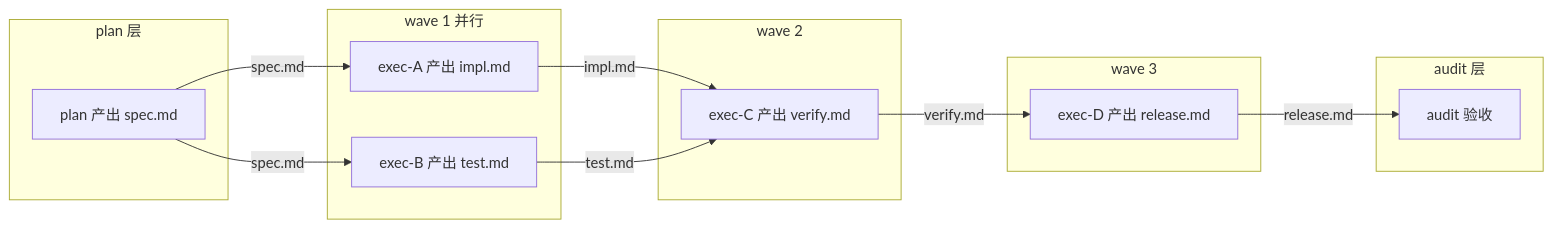
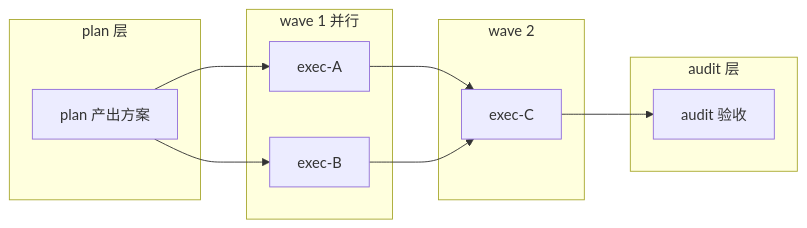
One commit to Punky971210/dsh-punky-swarm changed the diagram in README.md. Above: the diagram before and after it, drawn with Mermaid. The commit also changed other lines of this file and 5 other files, not shown here.

````diff
--- a/README.md
+++ b/README.md
@@ -48,25 +43,21 @@
 ```mermaid
 flowchart LR
   subgraph PLAN[plan 层]
-    P["plan 产出 spec.md"]
+    P["plan 产出方案"]
   end
   subgraph W1[wave 1 并行]
-    A1["exec-A 产出 impl.md"]
-    A2["exec-B 产出 test.md"]
+    A1["exec-A"]
+    A2["exec-B"]
   end
   subgraph W2[wave 2]
-    A3["exec-C 产出 verify.md"]
-  end
-  subgraph W3[wave 3]
-    A4["exec-D 产出 release.md"]
+    A3["exec-C"]
   end
   subgraph AUDIT[audit 层]
     AU["audit 验收"]
   end
-  P -->|"spec.md"| A1
-  P -->|"spec.md"| A2
-  A1 -->|"impl.md"| A3
-  A2 -->|"test.md"| A3
-  A3 -->|"verify.md"| A4
-  A4 -->|"release.md"| AU
+  P --> A1
+  P --> A2
+  A1 --> A3
+  A2 --> A3
+  A3 --> AU
 ```
````
